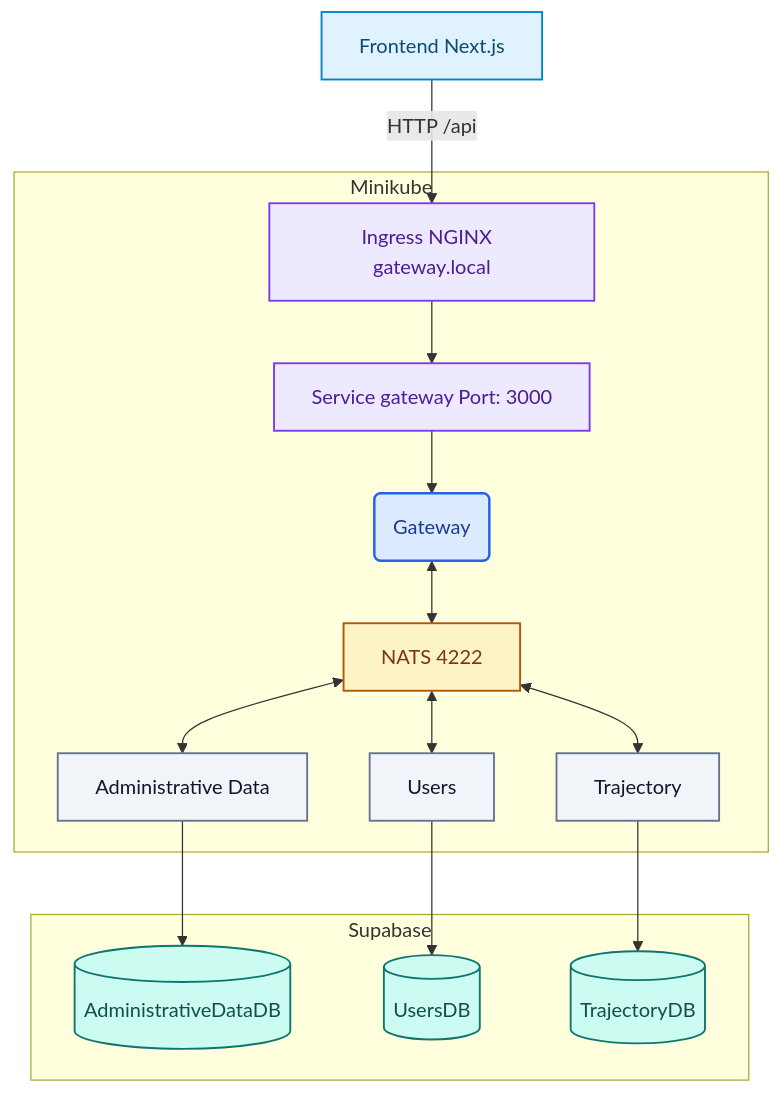
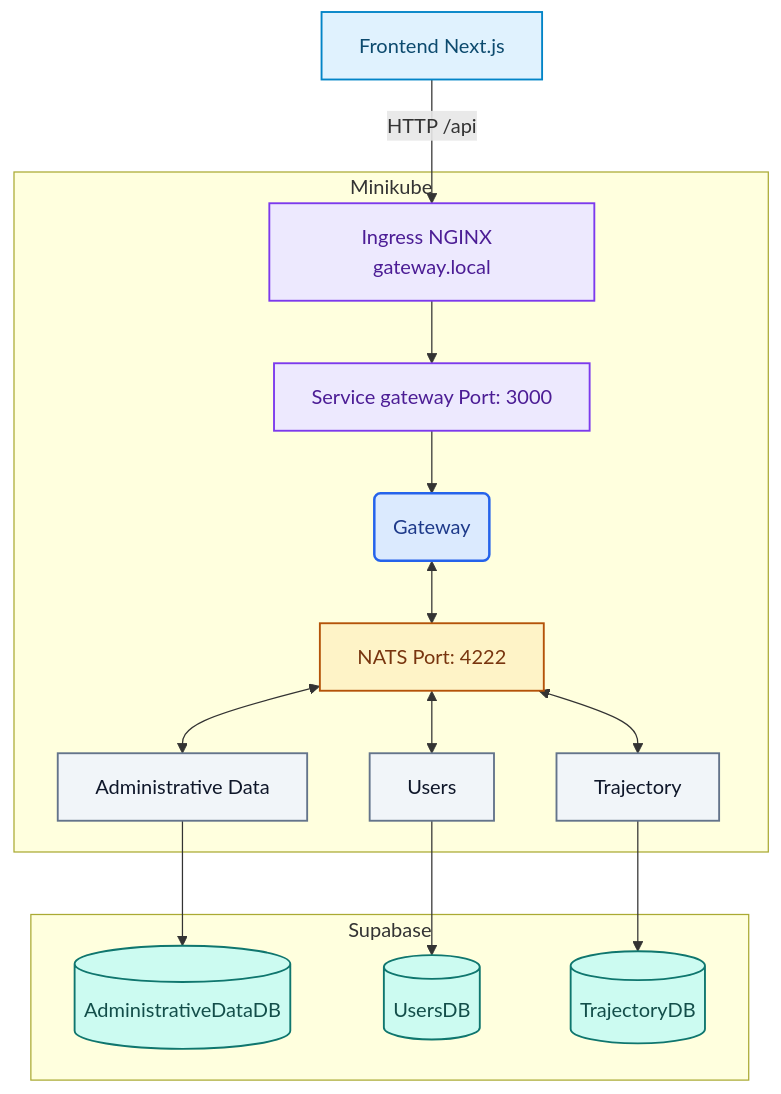
The first of 2 diagrams in README.md (CloudComputingDevOps/devops-platform), drawn with Mermaid before and after one commit. The commit also changed other lines of this file, not shown here.

First line of the commit message:
Fix NATS port description and update load test commands

````diff
--- a/README.md
+++ b/README.md
@@ -42,47 +42,47 @@
 ```mermaid
 flowchart TB
     FRONT["Frontend Next.js"]
 
     subgraph CLUSTER["Minikube"]
         INGRESS["Ingress NGINX  gateway.local"]
         SERVICE["Service gateway  Port: 3000"]
         BLUE("Gateway")
-        NATS["NATS  4222"]
+        NATS["NATS Port: 4222"]
         ADMIN["Administrative Data"]
         USERS["Users"]
         TRAJECTORY["Trajectory"]
 
         INGRESS --> SERVICE
         SERVICE --> BLUE
         BLUE <--> NATS
         NATS <--> ADMIN
         NATS <--> USERS
         NATS <--> TRAJECTORY
     end
 
     subgraph SUPABASE["Supabase"]
         DB_ADMIN[("AdministrativeDataDB")]
         DB_USERS[("UsersDB")]
         DB_TRAJECTORY[("TrajectoryDB")]
     end
 
     FRONT -->|"HTTP /api"| INGRESS
     ADMIN --> DB_ADMIN
     USERS --> DB_USERS
     TRAJECTORY --> DB_TRAJECTORY
 
     classDef client fill:#e0f2fe,stroke:#0284c7,color:#0c4a6e,stroke-width:1.5px
     classDef entry fill:#ede9fe,stroke:#7c3aed,color:#4c1d95,stroke-width:1.5px
     classDef blue fill:#dbeafe,stroke:#2563eb,color:#1e3a8a,stroke-width:2px
     classDef green fill:#dcfce7,stroke:#16a34a,color:#14532d,stroke-width:2px
     classDef broker fill:#fef3c7,stroke:#b45309,color:#78350f,stroke-width:1.5px
     classDef service fill:#f1f5f9,stroke:#64748b,color:#0f172a,stroke-width:1.5px
     classDef data fill:#ccfbf1,stroke:#0f766e,color:#134e4a,stroke-width:1.5px
 
     class FRONT client
     class INGRESS,SERVICE entry
     class BLUE blue
     class NATS broker
     class ADMIN,USERS,TRAJECTORY service
     class DB_ADMIN,DB_USERS,DB_TRAJECTORY data
 ```
````
